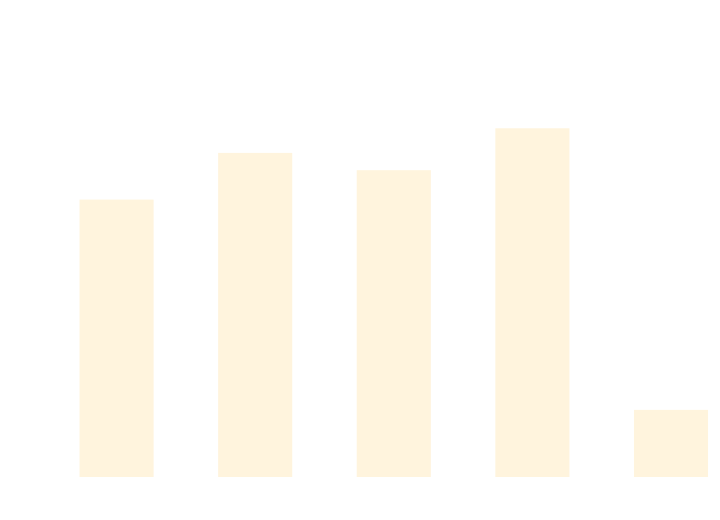
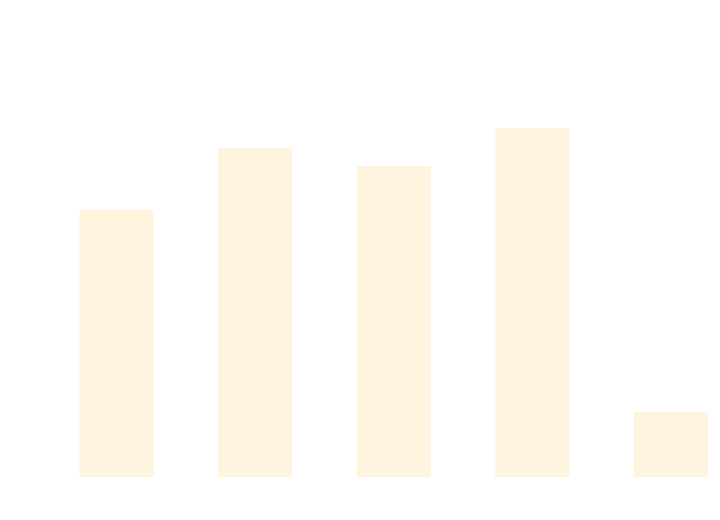
The diagram in docs/docs/benchmarks/AsyncTests.md (thomhurst/TUnit), drawn with Mermaid before and after one commit. The commit also changed other lines of this file and 17 other files, not shown here.

````diff
--- a/docs/docs/benchmarks/AsyncTests.md
+++ b/docs/docs/benchmarks/AsyncTests.md
@@ -27,37 +27,37 @@
 ```mermaid
 %%{init: {
   'theme':'base',
   'themeVariables': {
     'primaryColor': '#2563eb',
     'primaryTextColor': '#ffffff',
     'primaryBorderColor': '#1e40af',
     'lineColor': '#6b7280',
     'secondaryColor': '#7c3aed',
     'tertiaryColor': '#dc2626',
     'background': '#ffffff',
     'mainBkg': '#2563eb',
     'secondBkg': '#7c3aed',
     'tertiaryBkg': '#dc2626',
     'clusterBkg': '#f3f4f6',
     'edgeLabelBackground': '#ffffff',
     'tertiaryTextColor': '#1f2937',
     'pie1': '#2563eb',
     'pie2': '#7c3aed',
     'pie3': '#dc2626',
     'pie4': '#f59e0b',
     'pie5': '#10b981',
     'pie6': '#06b6d4',
     'pie7': '#ec4899',
     'pie8': '#6366f1',
     'pie9': '#84cc16',
     'pie10': '#f97316',
     'pie11': '#14b8a6',
     'pie12': '#a855f7'
   }
 }}%%
 xychart-beta
   title "AsyncTests Performance Comparison"
   x-axis ["TUnit", "NUnit", "MSTest", "xUnit3", "TUnit_AOT"]
-  y-axis "Time (ms)" 0 --> 859
-  bar [565.8, 663.9, 627.6, 715.6, 124.2]
+  y-axis "Time (ms)" 0 --> 892
+  bar [564.9, 699.7, 660.6, 743.1, 124]
 ```
````
